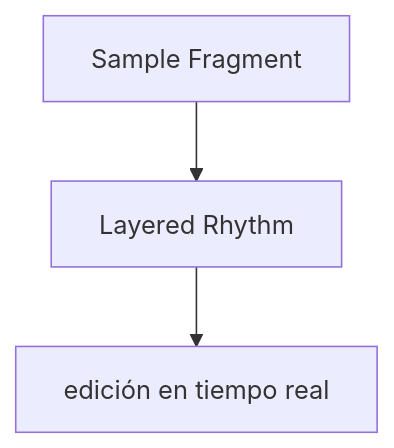
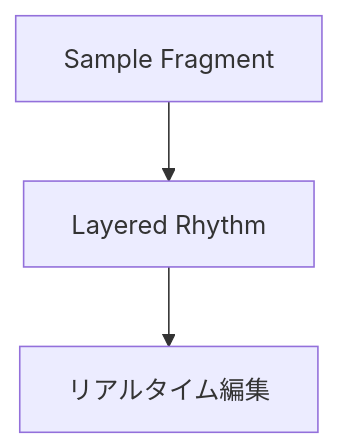
One commit to monumental-movement/monumental-movement.github.io changed the fourth of 7 diagrams in es/_posts/2025-10-24-column-plastikman-richie-hawtin.md. Above: the diagram before and after it, drawn with Mermaid. The commit also changed other lines of this file and 299 other files, not shown here.

```diff
--- a/es/_posts/2025-10-24-column-plastikman-richie-hawtin.md
+++ b/es/_posts/2025-10-24-column-plastikman-richie-hawtin.md
@@ -234,7 +234,7 @@
 <div class="mermaid">
 
 graph TD
     A[Sample Fragment] --> B[Layered Rhythm]
-    B --> C[edición en tiempo real]
+    B --> C[リアルタイム編集]
 
 </div>
```
